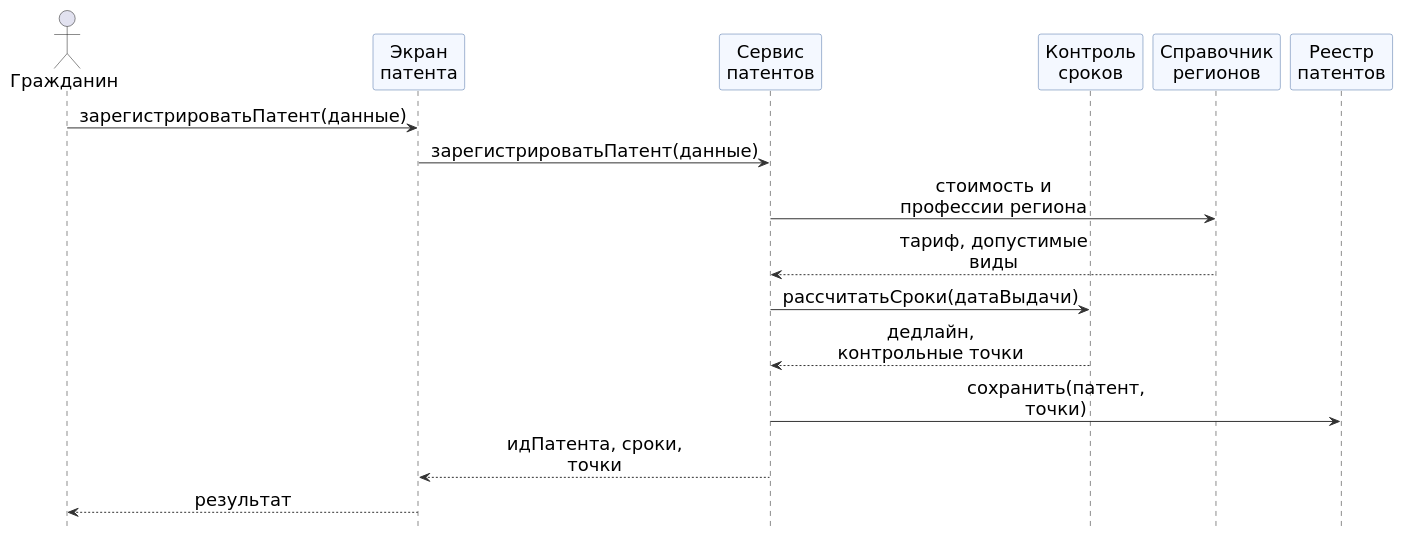
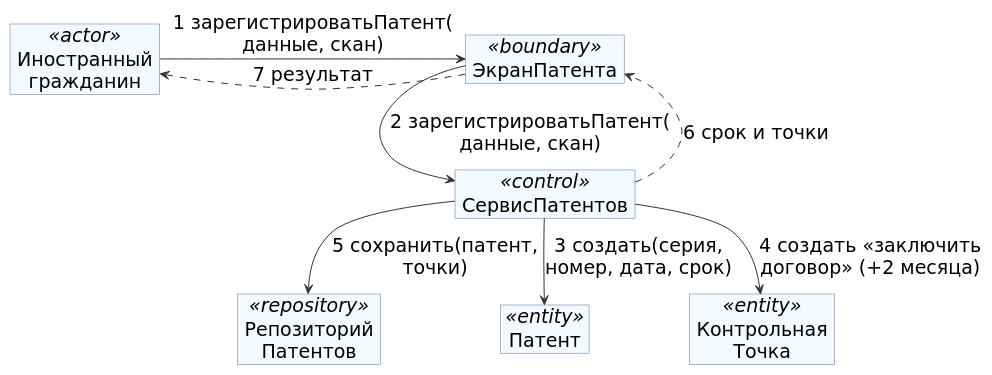
Before and after one commit to mflkee/study: the diagram in tsu/5sem/Функциональное моделирование систем/_архив/книга/src/l4-op1.puml, drawn with PlantUML. The commit also changed 2622 other files, not shown here.

Commit message:
ФМС: отчёт/слайды/книжка/речь/шпаргалка под ядро темы 7, 23 диаграммы, скрипты сборки

```diff
--- a/tsu/5sem/Функциональное моделирование систем/_архив/книга/src/l4-op1.puml
+++ b/tsu/5sem/Функциональное моделирование систем/_архив/книга/src/l4-op1.puml
@@ -1,29 +1,31 @@
 @startuml
-' Внутреннее взаимодействие для операции 1 «зарегистрировать патент» (лаб. 4)
+' Диаграмма коммуникаций: операция 1 «зарегистрироватьПатент» (лаб. 4)
+' Актёр показан объектом со стереотипом <<actor>> — PlantUML не смешивает actor и object.
 skinparam defaultFontName "DejaVu Sans"
 skinparam shadowing false
-skinparam defaultFontSize 18
-skinparam sequenceMessageAlign center
+skinparam defaultFontSize 19
 skinparam ArrowColor #333333
-skinparam ParticipantBackgroundColor #F4F8FF
-skinparam ParticipantBorderColor #4A6FA5
-skinparam maxMessageSize 200
-hide footbox
+skinparam nodesep 24
+skinparam ranksep 30
+skinparam object {
+  BackgroundColor #F4F8FF
+  BorderColor #4A6FA5
+}
+hide empty members
+top to bottom direction
 
-actor "Гражданин" as IG
-participant "Экран\nпатента" as UI
-participant "Сервис\nпатентов" as SVC
-participant "Контроль\nсроков" as DEAD
-participant "Справочник\nрегионов" as REG
-participant "Реестр\nпатентов" as REPO
+object "Иностранный\nгражданин" as IG <<actor>>
+object "ЭкранПатента" as UI <<boundary>>
+object "СервисПатентов" as SVC <<control>>
+object "Репозиторий\nПатентов" as REPO <<repository>>
+object "Патент" as PAT <<entity>>
+object "Контрольная\nТочка" as KT <<entity>>
 
-IG -> UI : зарегистрироватьПатент(данные)
-UI -> SVC : зарегистрироватьПатент(данные)
-SVC -> REG : стоимость и профессии региона
-REG --> SVC : тариф, допустимые виды
-SVC -> DEAD : рассчитатьСроки(датаВыдачи)
-DEAD --> SVC : дедлайн, контрольные точки
-SVC -> REPO : сохранить(патент, точки)
-SVC --> UI : идПатента, сроки, точки
-UI --> IG : результат
+IG -right-> UI : 1 зарегистрироватьПатент(\nданные, скан)
+UI --> SVC : 2 зарегистрироватьПатент(\nданные, скан)
+SVC --> PAT : 3 создать(серия,\nномер, дата, срок)
+SVC --> KT : 4 создать «заключить\nдоговор» (+2 месяца)
+SVC --> REPO : 5 сохранить(патент,\nточки)
+SVC ..> UI : 6 срок и точки
+UI ..> IG : 7 результат
 @enduml
```
